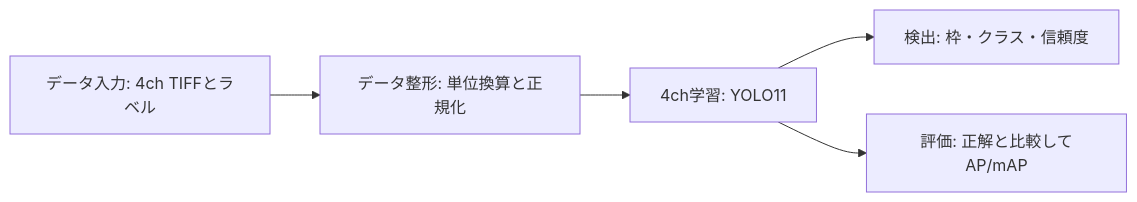
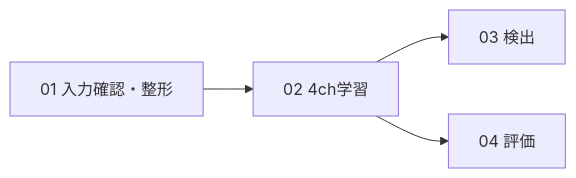
Before and after one commit to Hatano123/hpc_rgbd: the diagram in README.md, drawn with Mermaid. The commit also changed other lines of this file and 4271 other files, not shown here.

````diff
--- a/README.md
+++ b/README.md
@@ -25,7 +25,6 @@
 ```mermaid
 flowchart LR
-    A[データ入力: 4ch TIFFとラベル] --> B[データ整形: 単位換算と正規化]
-    B --> C[4ch学習: YOLO11]
-    C --> D[検出: 枠・クラス・信頼度]
-    C --> E[評価: 正解と比較してAP/mAP]
+    A[01 入力確認・整形] --> B[02 4ch学習]
+    B --> C[03 検出]
+    B --> D[04 評価]
 ```
````
